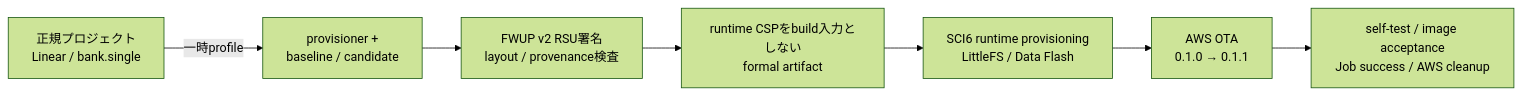
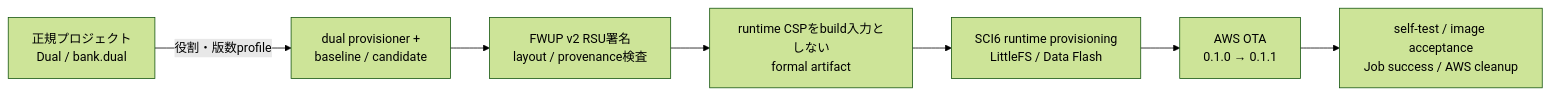
Before and after one commit to HirokiIshiguro/iot-reference-rx: the diagram in Projects/aws_wifi_rx671_ek/e2studio_ccrx/OTA_FLASH_LAYOUT.md, drawn with Mermaid (forest theme). The commit also changed other lines of this file and 13 other files, not shown here.

````diff
--- a/Projects/aws_wifi_rx671_ek/e2studio_ccrx/OTA_FLASH_LAYOUT.md
+++ b/Projects/aws_wifi_rx671_ek/e2studio_ccrx/OTA_FLASH_LAYOUT.md
@@ -3,9 +3,9 @@
 ```mermaid
 flowchart LR
-    A["正規プロジェクト<br/>Linear / bank.single"] -->|"一時profile"| B["provisioner +<br/>baseline / candidate"]
+    A["正規プロジェクト<br/>Dual / bank.dual"] -->|"役割・版数profile"| B["dual provisioner +<br/>baseline / candidate"]
     B --> C["FWUP v2 RSU署名<br/>layout / provenance検査"]
     C --> D["runtime CSPをbuild入力としない<br/>formal artifact"]
     D --> E["SCI6 runtime provisioning<br/>LittleFS / Data Flash"]
     E --> F["AWS OTA<br/>0.1.0 → 0.1.1"]
     F --> G["self-test / image acceptance<br/>Job success / AWS cleanup"]
 ```
````
